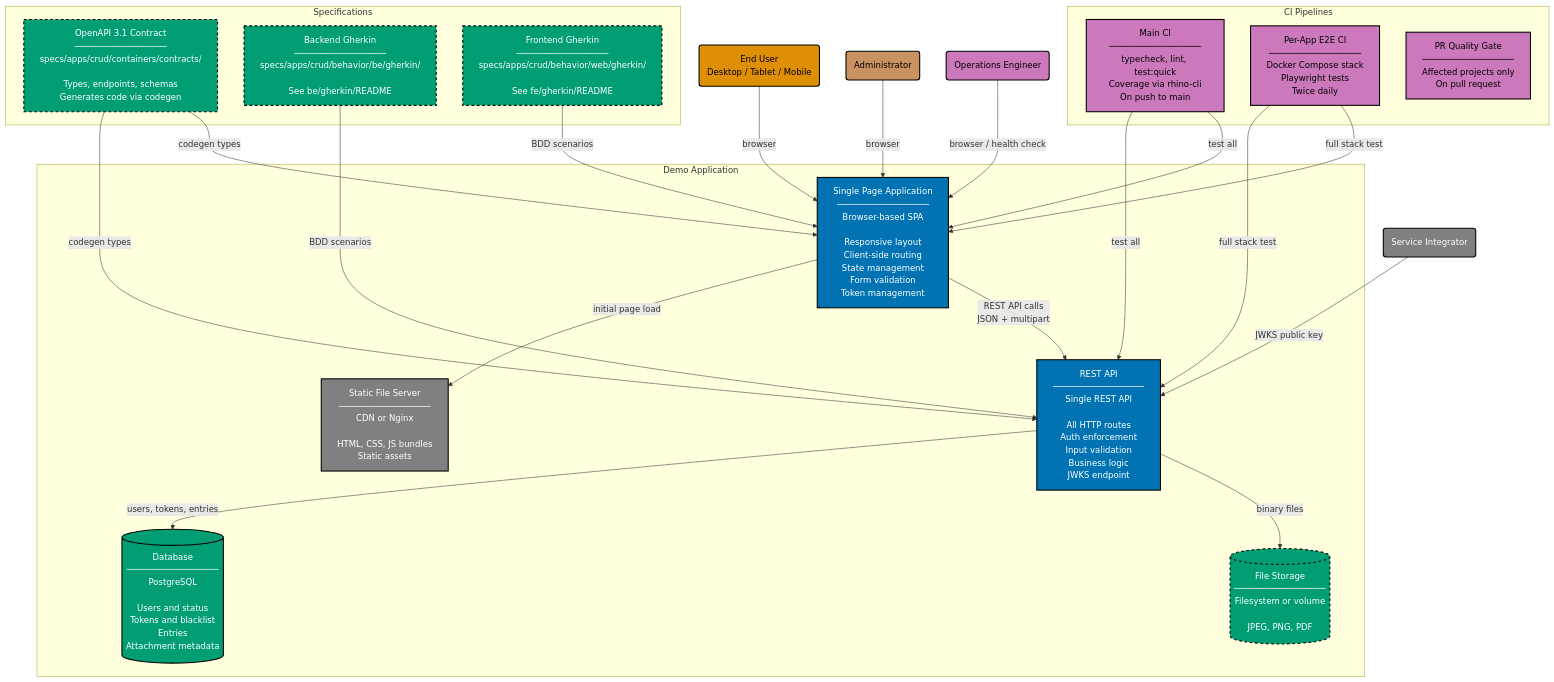
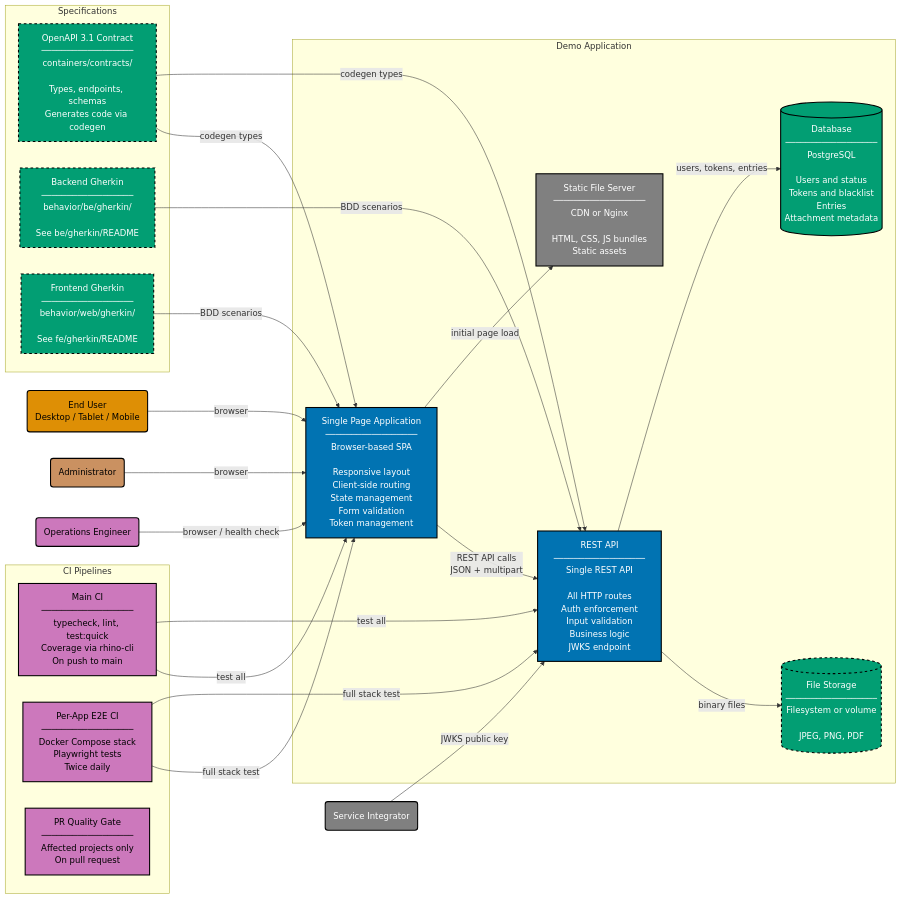
One commit to wahidyankf/ose-primer changed the diagram in specs/apps/crud/containers/container.md. Above: the diagram before and after it, drawn with Mermaid. The commit also changed 10 other files, not shown here.

````diff
--- a/specs/apps/crud/containers/container.md
+++ b/specs/apps/crud/containers/container.md
@@ -13,69 +13,69 @@
 ```mermaid
 %% Color Palette: Blue #0173B2 | Orange #DE8F05 | Teal #029E73 | Purple #CC78BC | Brown #CA9161 | Gray #808080
-graph TD
+graph LR
     EU("End User<br/>Desktop / Tablet / Mobile"):::actor
     ADM("Administrator"):::actor_admin
     OPS("Operations Engineer"):::actor_ops
     SI("Service Integrator"):::actor_si
 
     subgraph SYSTEM["Demo Application"]
         SPA["Single Page Application<br/>──────────────────<br/>Browser-based SPA<br/><br/>Responsive layout<br/>Client-side routing<br/>State management<br/>Form validation<br/>Token management"]:::container_fe
 
         STATIC["Static File Server<br/>──────────────────<br/>CDN or Nginx<br/><br/>HTML, CSS, JS bundles<br/>Static assets"]:::infra
 
         API["REST API<br/>──────────────────<br/>Single REST API<br/><br/>All HTTP routes<br/>Auth enforcement<br/>Input validation<br/>Business logic<br/>JWKS endpoint"]:::container_be
 
         DB[("Database<br/>──────────────────<br/>PostgreSQL<br/><br/>Users and status<br/>Tokens and blacklist<br/>Entries<br/>Attachment metadata")]:::datastore
 
         FS[("File Storage<br/>──────────────────<br/>Filesystem or volume<br/><br/>JPEG, PNG, PDF")]:::filestorage
     end
 
     subgraph SPECS["Specifications"]
-        CONTRACT["OpenAPI 3.1 Contract<br/>──────────────────<br/>specs/apps/crud/containers/contracts/<br/><br/>Types, endpoints, schemas<br/>Generates code via codegen"]:::spec
+        CONTRACT["OpenAPI 3.1 Contract<br/>──────────────────<br/>containers/contracts/<br/><br/>Types, endpoints, schemas<br/>Generates code via codegen"]:::spec
 
-        BE_GHERKIN["Backend Gherkin<br/>──────────────────<br/>specs/apps/crud/behavior/be/gherkin/<br/><br/>See be/gherkin/README"]:::spec
+        BE_GHERKIN["Backend Gherkin<br/>──────────────────<br/>behavior/be/gherkin/<br/><br/>See be/gherkin/README"]:::spec
 
-        FE_GHERKIN["Frontend Gherkin<br/>──────────────────<br/>specs/apps/crud/behavior/web/gherkin/<br/><br/>See fe/gherkin/README"]:::spec
+        FE_GHERKIN["Frontend Gherkin<br/>──────────────────<br/>behavior/web/gherkin/<br/><br/>See fe/gherkin/README"]:::spec
     end
 
     subgraph CICD["CI Pipelines"]
         MAIN_CI["Main CI<br/>──────────────────<br/>typecheck, lint, test:quick<br/>Coverage via rhino-cli<br/>On push to main"]:::ci
 
         E2E_CI["Per-App E2E CI<br/>──────────────────<br/>Docker Compose stack<br/>Playwright tests<br/>Twice daily"]:::ci
 
         PR_CI["PR Quality Gate<br/>──────────────────<br/>Affected projects only<br/>On pull request"]:::ci
     end
 
     EU -->|"browser"| SPA
     ADM -->|"browser"| SPA
     OPS -->|"browser / health check"| SPA
     SI -->|"JWKS public key"| API
 
     SPA -->|"initial page load"| STATIC
     SPA -->|"REST API calls<br/>JSON + multipart"| API
 
     API -->|"users, tokens, entries"| DB
     API -->|"binary files"| FS
 
     CONTRACT -->|"codegen types"| API
     CONTRACT -->|"codegen types"| SPA
     BE_GHERKIN -->|"BDD scenarios"| API
     FE_GHERKIN -->|"BDD scenarios"| SPA
 
     MAIN_CI -->|"test all"| API
     MAIN_CI -->|"test all"| SPA
     E2E_CI -->|"full stack test"| API
     E2E_CI -->|"full stack test"| SPA
 
     classDef actor fill:#DE8F05,stroke:#000000,color:#000000,stroke-width:2px
     classDef actor_admin fill:#CA9161,stroke:#000000,color:#000000,stroke-width:2px
     classDef actor_ops fill:#CC78BC,stroke:#000000,color:#000000,stroke-width:2px
     classDef actor_si fill:#808080,stroke:#000000,color:#FFFFFF,stroke-width:2px
     classDef container_fe fill:#0173B2,stroke:#000000,color:#FFFFFF,stroke-width:2px
     classDef container_be fill:#0173B2,stroke:#000000,color:#FFFFFF,stroke-width:2px
     classDef infra fill:#808080,stroke:#000000,color:#FFFFFF,stroke-width:2px
     classDef datastore fill:#029E73,stroke:#000000,color:#FFFFFF,stroke-width:2px
     classDef filestorage fill:#029E73,stroke:#000000,color:#FFFFFF,stroke-width:2px,stroke-dasharray:5 5
     classDef spec fill:#029E73,stroke:#000000,color:#FFFFFF,stroke-width:2px,stroke-dasharray:5 5
     classDef ci fill:#CC78BC,stroke:#000000,color:#000000,stroke-width:2px
 ```
````
